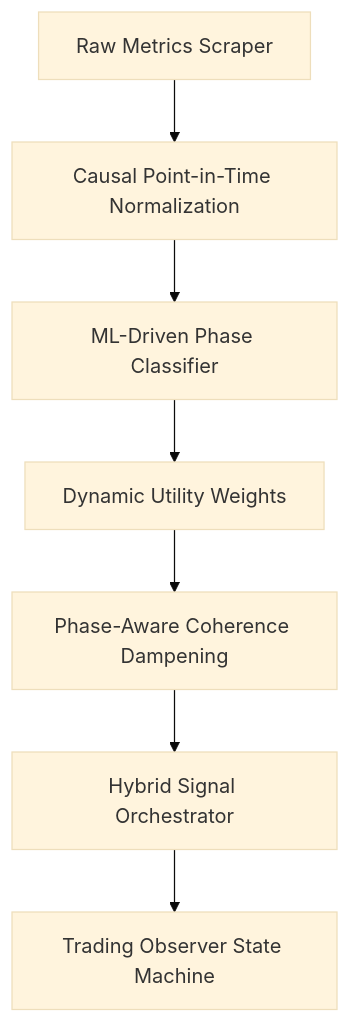
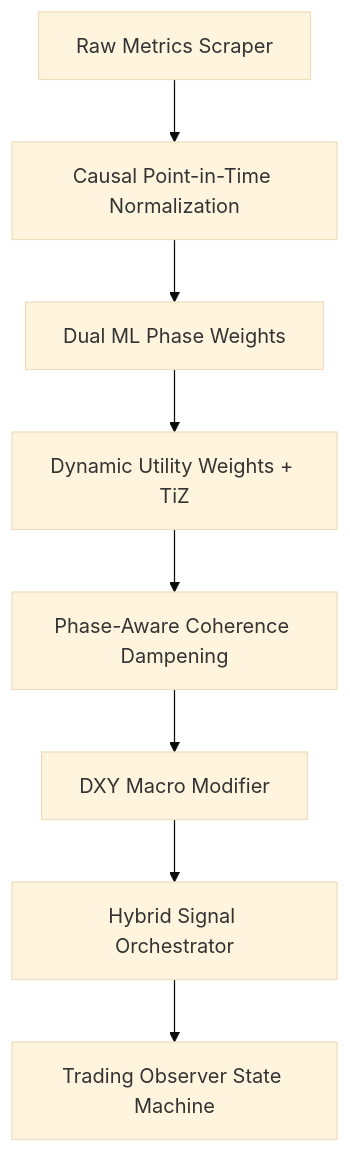
The first of 2 diagrams in docs/Bitcoin_Buy_Risk_Indicator_V3.2_Release_Whitepaper.md (heavymetalmax/BitcoinScore), drawn with Mermaid (base theme) before and after one commit. The commit also changed other lines of this file and 2 other files, not shown here.

First line of the commit message:
docs: align methodology with V3 engine (dual ML, HMM+confluence, TiZ, coherence targets)

````diff
--- a/docs/Bitcoin_Buy_Risk_Indicator_V3.2_Release_Whitepaper.md
+++ b/docs/Bitcoin_Buy_Risk_Indicator_V3.2_Release_Whitepaper.md
@@ -55,9 +55,10 @@
 ```mermaid
 graph TD
     A[Raw Metrics Scraper] --> B[Causal Point-in-Time Normalization]
-    B --> C[ML-Driven Phase Classifier]
-    C --> D[Dynamic Utility Weights]
+    B --> C[Dual ML Phase Weights]
+    C --> D[Dynamic Utility Weights + TiZ]
     D --> E[Phase-Aware Coherence Dampening]
-    E --> F[Hybrid Signal Orchestrator]
-    F --> G[Trading Observer State Machine]
+    E --> F[DXY Macro Modifier]
+    F --> G[Hybrid Signal Orchestrator]
+    G --> H[Trading Observer State Machine]
 ```
````
